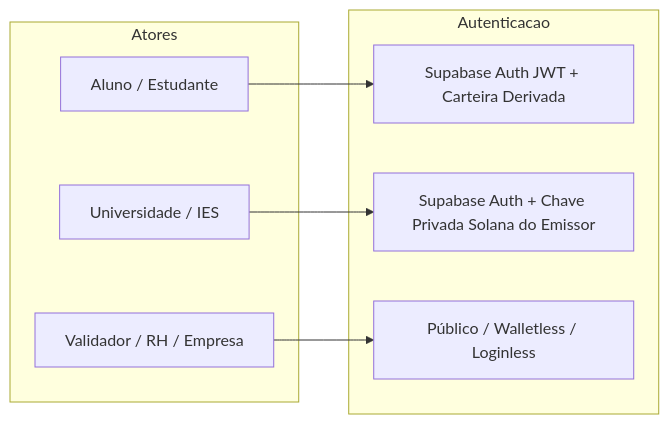
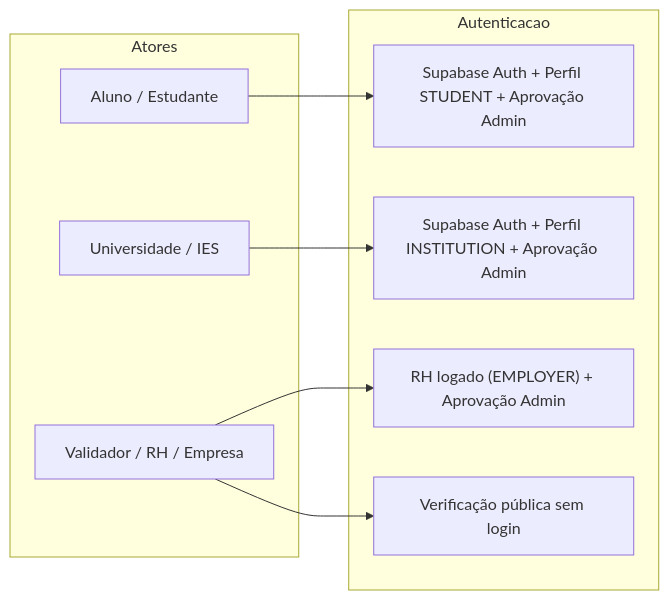
Before and after one commit to alexmsza/LattesChain: the second of 8 diagrams in docs/ARQUITETURA_E_FLUXOS_GERAL.md, drawn with Mermaid. The commit also changed other lines of this file and 2 other files, not shown here.

Commit message:
docs: add project index and architecture documentation, and update package metadata

````diff
--- a/docs/ARQUITETURA_E_FLUXOS_GERAL.md
+++ b/docs/ARQUITETURA_E_FLUXOS_GERAL.md
@@ -84,18 +84,20 @@
 ```mermaid
 graph LR
     subgraph Atores
         A[Aluno / Estudante]
         U[Universidade / IES]
         V[Validador / RH / Empresa]
     end
 
     subgraph Autenticacao
-        Auth1[Supabase Auth JWT + Carteira Derivada]
-        Auth2[Supabase Auth + Chave Privada Solana do Emissor]
-        Auth3[Público / Walletless / Loginless]
+        Auth1["Supabase Auth + Perfil STUDENT + Aprovação Admin"]
+        Auth2["Supabase Auth + Perfil INSTITUTION + Aprovação Admin"]
+        Auth3A["RH logado (EMPLOYER) + Aprovação Admin"]
+        Auth3B[Verificação pública sem login]
     end
 
     A --> Auth1
     U --> Auth2
-    V --> Auth3
+    V --> Auth3A
+    V --> Auth3B
 ```
````
